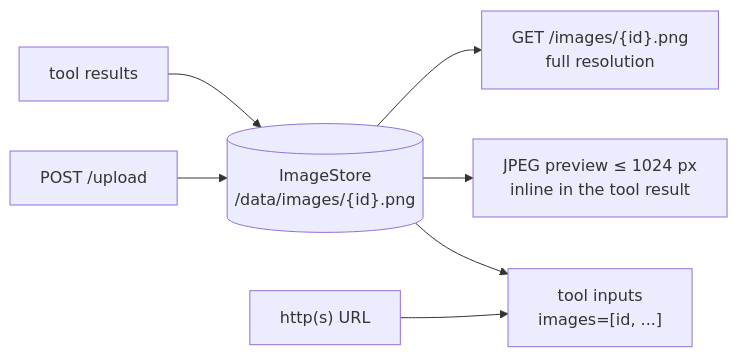
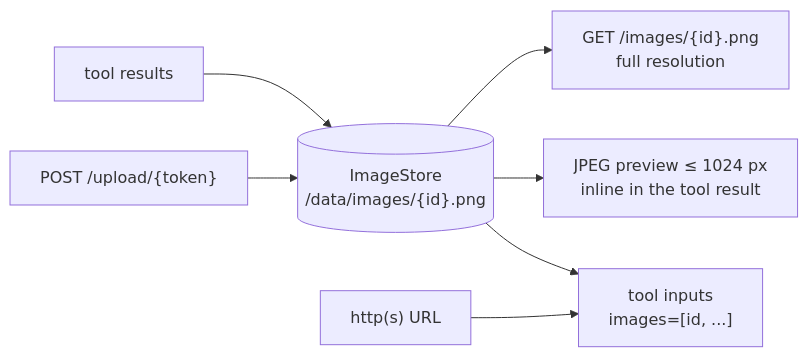
One commit to geosp/flux-mcp changed the sixth of 10 diagrams in docs/ARCHITECTURE.md. Above: the diagram before and after it, drawn with Mermaid. The commit also changed other lines of this file and 14 other files, not shown here.

First line of the commit message:
Replace master-token uploads with short-lived upload links

````diff
--- a/docs/ARCHITECTURE.md
+++ b/docs/ARCHITECTURE.md
@@ -198,10 +199,10 @@
 ```mermaid
 flowchart LR
     gen["tool results"] --> store
-    upl["POST /upload"] --> store
+    upl["POST /upload/{token}"] --> store
     store[("ImageStore<br/>/data/images/{id}.png")]
     store --> url["GET /images/{id}.png<br/>full resolution"]
     store --> prev["JPEG preview ≤ 1024 px<br/>inline in the tool result"]
     store --> input["tool inputs<br/>images=[id, ...]"]
     ext["http(s) URL"] --> input
 ```
````
